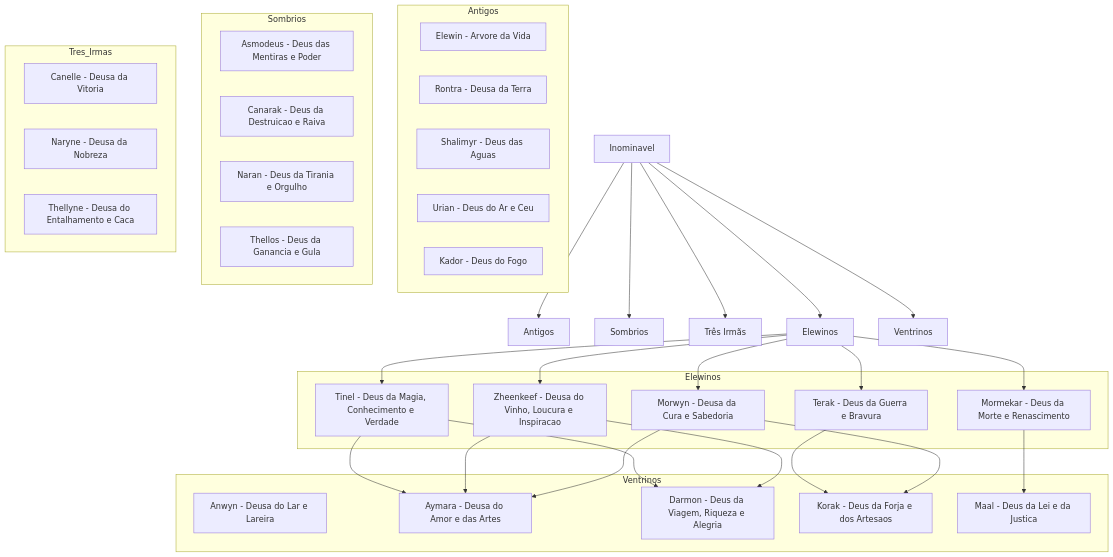
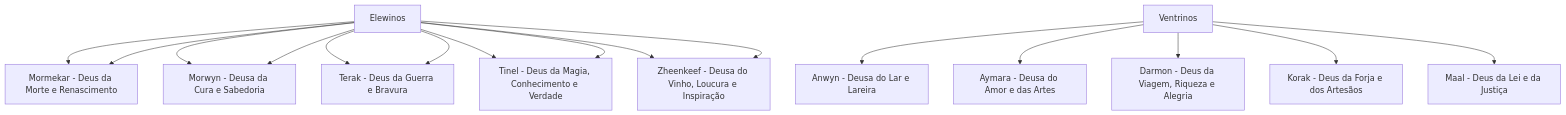
The second of 3 diagrams in content/index.md (YBraga35/-Wiki-Yan), drawn with Mermaid before and after one commit. The commit also changed other lines of this file, not shown here.

Commit message:
Quartz sync: Oct 2, 2024, 7:39 PM

````diff
--- a/content/index.md
+++ b/content/index.md
@@ -37,62 +49,23 @@
 ```mermaid
 graph TD
-    A[Inominavel] --> B[Antigos]
-    A --> C[Sombrios]
-    A --> D[Três Irmãs]
-    A --> E[Elewinos]
-    A --> F[Ventrinos]
+    C[Elewinos] 
+    C --> Mormekar[Mormekar - Deus da Morte e Renascimento]
+    C --> Morwyn[Morwyn - Deusa da Cura e Sabedoria]
+    C --> Terak[Terak - Deus da Guerra e Bravura]
+    C --> Tinel[Tinel - Deus da Magia, Conhecimento e Verdade]
+    C --> Zheenkeef[Zheenkeef - Deusa do Vinho, Loucura e Inspiração]
 
-    subgraph Antigos
-        Elewin[Elewin - Arvore da Vida] 
-        IRontra[Rontra - Deusa da Terra]
-        Shalimyr[Shalimyr - Deus das Aguas]
-        Urian[Urian - Deus do Ar e Ceu]
-        Kador[Kador - Deus do Fogo]
-    end
+    D[Ventrinos]
+    D --> Anwyn[Anwyn - Deusa do Lar e Lareira]
+    D --> Aymara[Aymara - Deusa do Amor e das Artes]
+    D --> Darmon[Darmon - Deus da Viagem, Riqueza e Alegria]
+    D --> Korak[Korak - Deus da Forja e dos Artesãos]
+    D --> Maal[Maal - Deus da Lei e da Justiça]
 
-    subgraph Elewinos
-        Mormekar[Mormekar - Deus da Morte e Renascimento]
-        Morwyn[Morwyn - Deusa da Cura e Sabedoria]
-        Terak[Terak - Deus da Guerra e Bravura]
-        Tinel[Tinel - Deus da Magia, Conhecimento e Verdade]
-        Zheenkeef[Zheenkeef - Deusa do Vinho, Loucura e Inspiracao]
-    end
-
-    subgraph Ventrinos
-        Anwyn[Anwyn - Deusa do Lar e Lareira]
-        Aymara[Aymara - Deusa do Amor e das Artes]
-        Darmon[Darmon - Deus da Viagem, Riqueza e Alegria]
-        Korak[Korak - Deus da Forja e dos Artesaos]
-        Maal[Maal - Deus da Lei e da Justica]
-    end
-
-    subgraph Sombrios
-        Asmodeus[Asmodeus - Deus das Mentiras e Poder]
-        Canarak[Canarak - Deus da Destruicao e Raiva]
-        Naran[Naran - Deus da Tirania e Orgulho]
-        Thellos[Thellos - Deus da Ganancia e Gula]
-    end
-
-    subgraph Tres_Irmas
-        Canelle[Canelle - Deusa da Vitoria]
-        Naryne[Naryne - Deusa da Nobreza]
-        Thellyne[Thellyne - Deusa do Entalhamento e Caca]
-    end
-
-    %% Definindo relações de paternidade
-    E --> Mormekar
-    E --> Morwyn
-    E --> Terak
-    E --> Tinel
-    E --> Zheenkeef
-
-    Mormekar --> Maal
-    Morwyn --> Aymara
-    Morwyn --> Korak
-    Zheenkeef --> Darmon
-    Zheenkeef --> Aymara
-    Terak --> Korak
-    Tinel --> Darmon
-    Tinel --> Aymara
+    C --> Mormekar
+    C --> Morwyn
+    C --> Terak
+    C --> Tinel
+    C --> Zheenkeef
 
 ```
````
